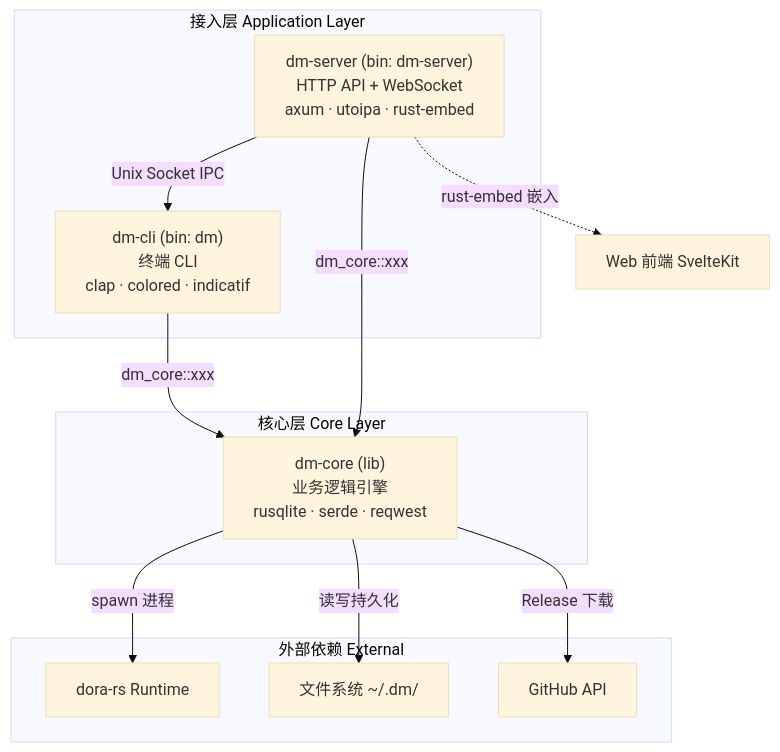
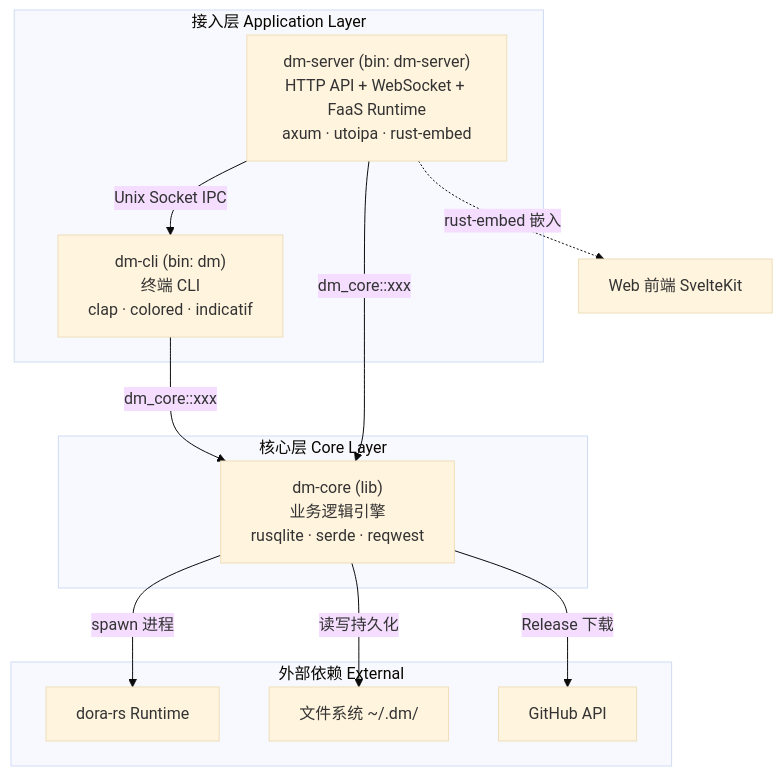
One commit to l1veIn/dora-manager changed the first of 2 diagrams in wiki/zh/10-architecture-overview.md. Above: the diagram before and after it, drawn with Mermaid (base theme). The commit also changed other lines of this file and 11 other files, not shown here.

````diff
--- a/wiki/zh/10-architecture-overview.md
+++ b/wiki/zh/10-architecture-overview.md
@@ -9,25 +9,25 @@
 ```mermaid
 graph TD
     subgraph "接入层 Application Layer"
         CLI["dm-cli (bin: dm)<br/>终端 CLI<br/>clap · colored · indicatif"]
-        SRV["dm-server (bin: dm-server)<br/>HTTP API + WebSocket<br/>axum · utoipa · rust-embed"]
+        SRV["dm-server (bin: dm-server)<br/>HTTP API + WebSocket + FaaS Runtime<br/>axum · utoipa · rust-embed"]
     end
 
     subgraph "核心层 Core Layer"
         CORE["dm-core (lib)<br/>业务逻辑引擎<br/>rusqlite · serde · reqwest"]
     end
 
     subgraph "外部依赖 External"
         DORA["dora-rs Runtime"]
         FS["文件系统 ~/.dm/"]
         GH["GitHub API"]
     end
 
     CLI -->|"dm_core::xxx"| CORE
     SRV -->|"dm_core::xxx"| CORE
     CORE -->|"spawn 进程"| DORA
     CORE -->|"读写持久化"| FS
     CORE -->|"Release 下载"| GH
     SRV -->|"Unix Socket IPC"| CLI
     SRV -.->|"rust-embed 嵌入"| WEB["Web 前端 SvelteKit"]
 ```
````
